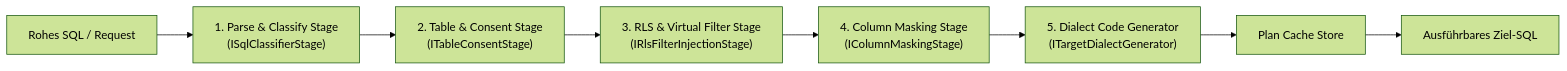
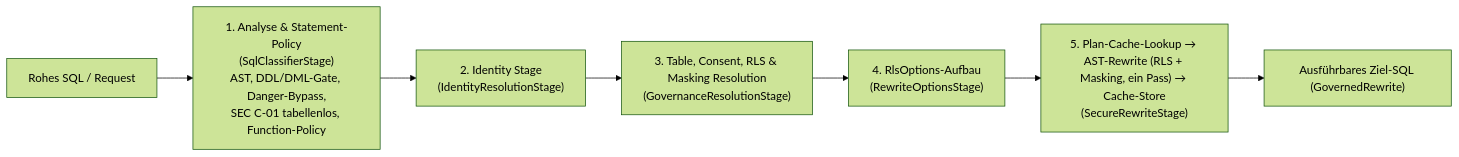
Before and after one commit to themulle/autheris: the diagram in docs/plans/plan-architektur-refactoring-godclasses-modules.md, drawn with Mermaid (forest theme). The commit also changed other lines of this file and 6 other files, not shown here.

Commit message:
docs: add implementation plan for heterogeneous WebSQL API federation joins

````diff
--- a/docs/plans/plan-architektur-refactoring-godclasses-modules.md
+++ b/docs/plans/plan-architektur-refactoring-godclasses-modules.md
@@ -31,10 +33,9 @@
 ```mermaid
 flowchart LR
-    SqlIn["Rohes SQL / Request"] --> S1["1. Parse & Classify Stage<br/>(ISqlClassifierStage)"]
-    S1 --> S2["2. Table & Consent Stage<br/>(ITableConsentStage)"]
-    S2 --> S3["3. RLS & Virtual Filter Stage<br/>(IRlsFilterInjectionStage)"]
-    S3 --> S4["4. Column Masking Stage<br/>(IColumnMaskingStage)"]
-    S4 --> S5["5. Dialect Code Generator<br/>(ITargetDialectGenerator)"]
-    S5 --> Cache["Plan Cache Store"]
-    Cache --> Out["Ausführbares Ziel-SQL"]
+    SqlIn["Rohes SQL / Request"] --> S1["1. Analyse & Statement-Policy<br/>(SqlClassifierStage)<br/>AST, DDL/DML-Gate, Danger-Bypass,<br/>SEC C-01 tabellenlos, Function-Policy"]
+    S1 --> S2["2. Identity Stage<br/>(IdentityResolutionStage)"]
+    S2 --> S3["3. Table, Consent, RLS & Masking Resolution<br/>(GovernanceResolutionStage)"]
+    S3 --> S4["4. RlsOptions-Aufbau<br/>(RewriteOptionsStage)"]
+    S4 --> S5["5. Plan-Cache-Lookup → AST-Rewrite (RLS + Masking, ein Pass) → Cache-Store<br/>(SecureRewriteStage)"]
+    S5 --> Out["Ausführbares Ziel-SQL (GovernedRewrite)"]
 ```
````
